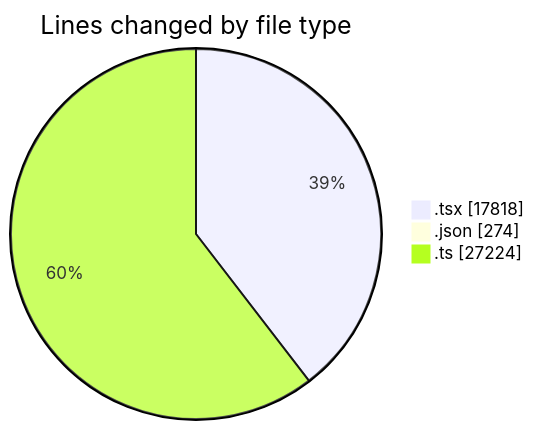
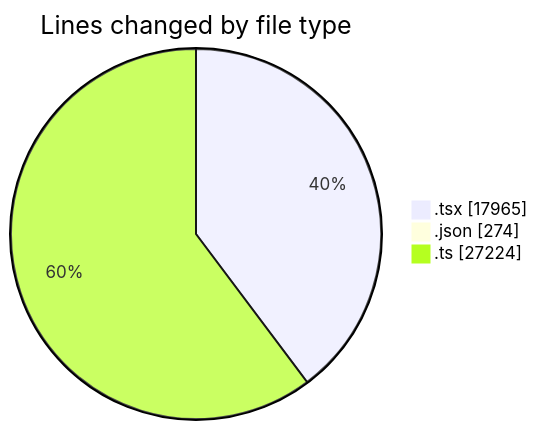
One commit to momahboobian/code-tracking changed the first of 2 diagrams in 2026-11-13/broadcaster-v6-feature/README.md. Above: the diagram before and after it, drawn with Mermaid. The commit also changed other lines of this file and 1 other file, not shown here.

````diff
--- a/2026-11-13/broadcaster-v6-feature/README.md
+++ b/2026-11-13/broadcaster-v6-feature/README.md
@@ -82,7 +84,7 @@
 ```mermaid
 pie showData
 title Lines changed by file type
-".tsx" : 17818
+".tsx" : 17965
 ".json" : 274
 ".ts" : 27224
 ```
````
